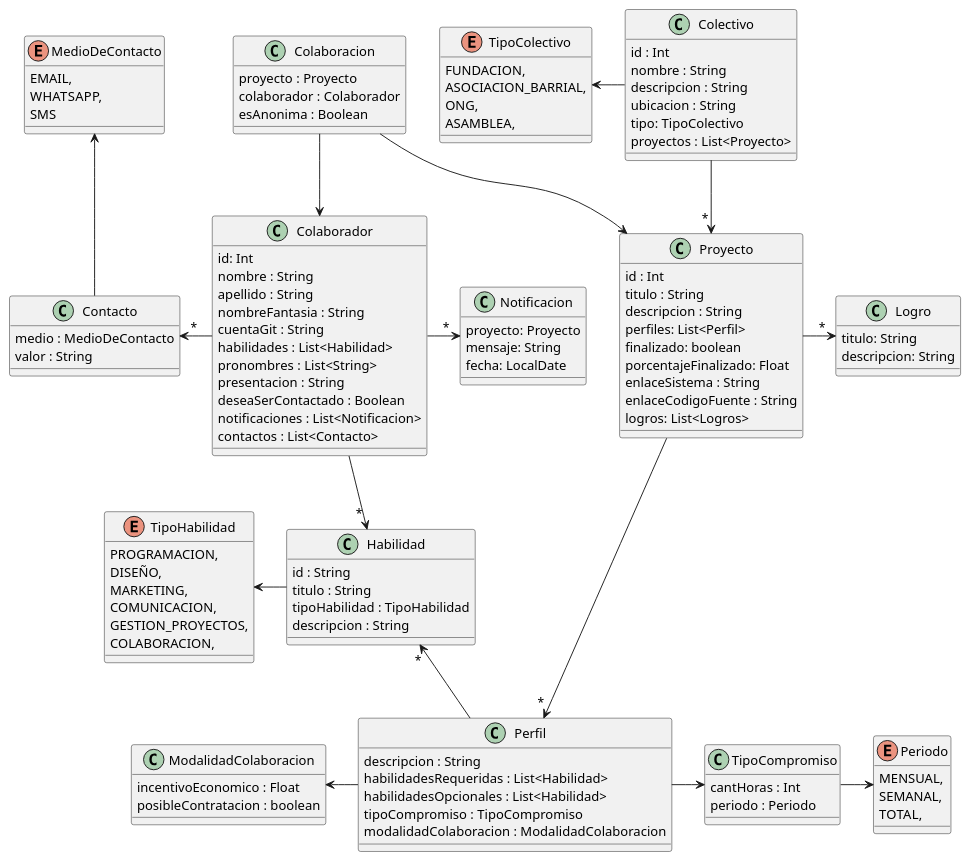
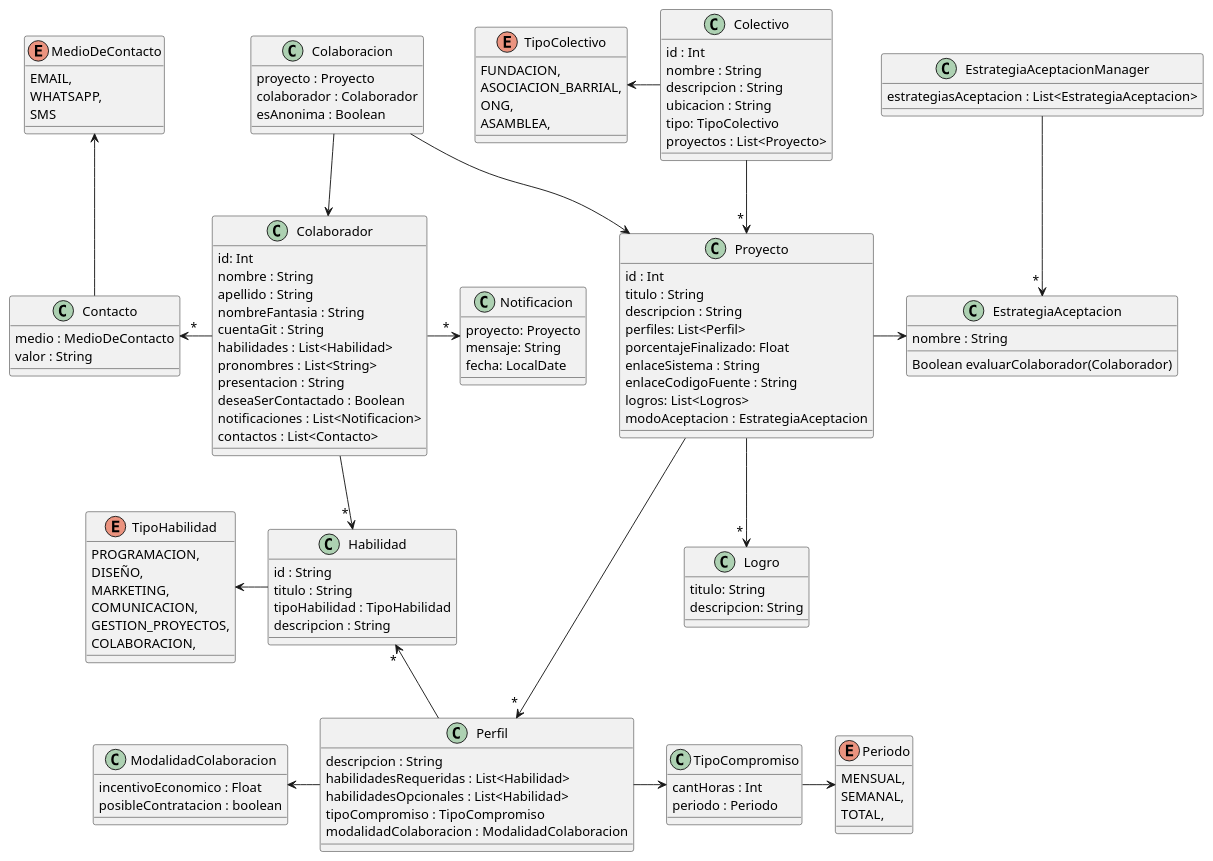
Before and after one commit to luchoetapia/tp_ddso_grupo_4: the diagram in diagramaDeClases.puml, drawn with PlantUML.

Commit message:
feat: Actualizo diagrama de clases

```diff
--- a/diagramaDeClases.puml
+++ b/diagramaDeClases.puml
@@ -1,138 +1,151 @@
 @startuml
 
 class Colectivo {
 id : Int
 nombre : String
 descripcion : String
 ubicacion : String
 tipo: TipoColectivo
 proyectos : List<Proyecto>
 }
 
-'(Fran): Aca sacaría el finalizado y le dejearía el porcentaje solo.
 class Proyecto {
 id : Int 
 titulo : String
 descripcion : String
 perfiles: List<Perfil>
-finalizado: boolean
 porcentajeFinalizado: Float
 enlaceSistema : String
 enlaceCodigoFuente : String
 logros: List<Logros>
+modoAceptacion : EstrategiaAceptacion
+}
+
+class EstrategiaAceptacion {
+    nombre : String
+
+    Boolean evaluarColaborador(Colaborador)
+}
+
+class EstrategiaAceptacionManager {
+    estrategiasAceptacion : List<EstrategiaAceptacion>
 }
 
 '(Fran): No estoy seguro que mas agregarle a los logros, consultar.
 class Logro {
 titulo: String
 descripcion: String
 }
 
 class Perfil {
 descripcion : String
 habilidadesRequeridas : List<Habilidad>
 habilidadesOpcionales : List<Habilidad>
 tipoCompromiso : TipoCompromiso
 modalidadColaboracion : ModalidadColaboracion
 }
 
 class TipoCompromiso {
 cantHoras : Int
 periodo : Periodo
 }
 
 ' Cambio el id a String, porque el enunciado dice que es el titulo normalizado.
 class Habilidad {
 id : String
 titulo : String
 tipoHabilidad : TipoHabilidad
 descripcion : String
 }
 
 class Colaborador{
 id: Int
 nombre : String
 apellido : String
 nombreFantasia : String
 cuentaGit : String
 habilidades : List<Habilidad>
 pronombres : List<String>
 presentacion : String
 deseaSerContactado : Boolean
 notificaciones : List<Notificacion>
 contactos : List<Contacto>
 }
 
 class Contacto {
 medio : MedioDeContacto
 valor : String
 }
 
 enum MedioDeContacto {
 EMAIL,
 WHATSAPP,
 SMS
 }
 
 class Notificacion {
 proyecto: Proyecto
 mensaje: String
 fecha: LocalDate
 }
 
 class Colaboracion {
 proyecto : Proyecto
 colaborador : Colaborador
 esAnonima : Boolean
 }
 
 class ModalidadColaboracion {
 incentivoEconomico : Float
 posibleContratacion : boolean
 }
 
 enum TipoColectivo {
 FUNDACION, 
 ASOCIACION_BARRIAL, 
 ONG, 
 ASAMBLEA,
 }
 
 enum Periodo {
 MENSUAL, 
 SEMANAL, 
 TOTAL,
 }
 
 enum TipoHabilidad {
 PROGRAMACION, 
 DISEÑO, 
 MARKETING, 
 COMUNICACION, 
 GESTION_PROYECTOS, 
 COLABORACION,
 }
 
 Colectivo -d-> " * " Proyecto
 Colectivo -l-> TipoColectivo
 
 Proyecto -d-> " * " Perfil
-Proyecto -> " * " Logro
+Proyecto -d-> " * " Logro
 
 Perfil -r-> TipoCompromiso
 Perfil -l-> ModalidadColaboracion
 Perfil -u-> " * " Habilidad
 
 Colaboracion -d-> Proyecto
 
 Colaborador <-u- Colaboracion
 Colaborador -d-> " * " Habilidad
 Colaborador -l-> " * " Contacto
 Colaborador -> " * " Notificacion
 
 Contacto -u-> MedioDeContacto
 
 TipoCompromiso -r-> Periodo
 
 Habilidad -l-> TipoHabilidad
+
+Proyecto -> EstrategiaAceptacion
+
+EstrategiaAceptacionManager -d-> " * " EstrategiaAceptacion
 @enduml
```
